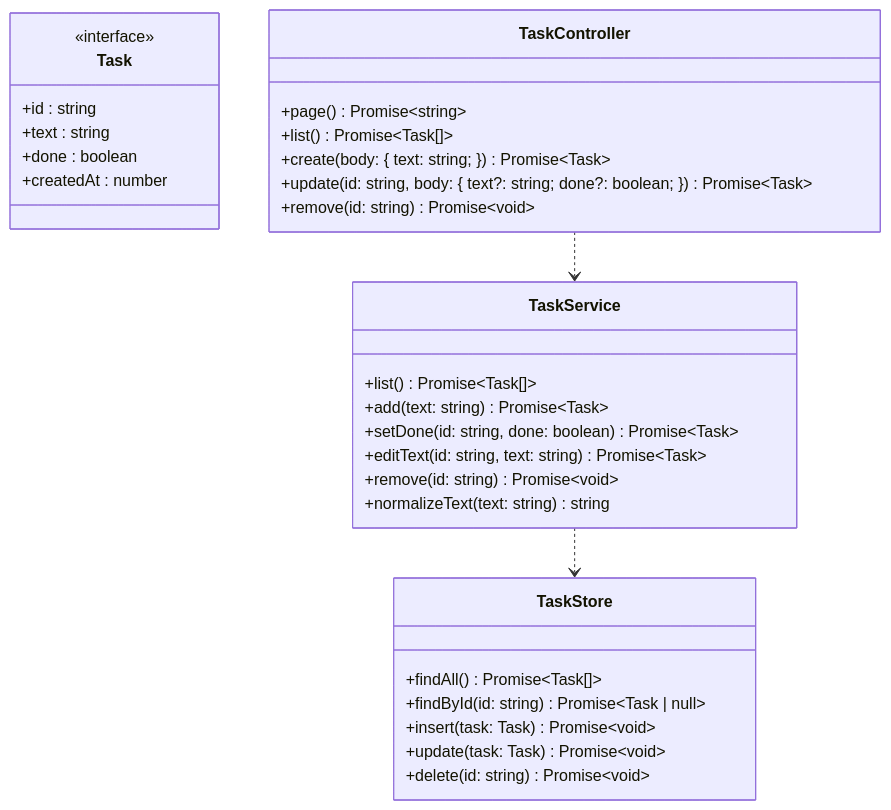
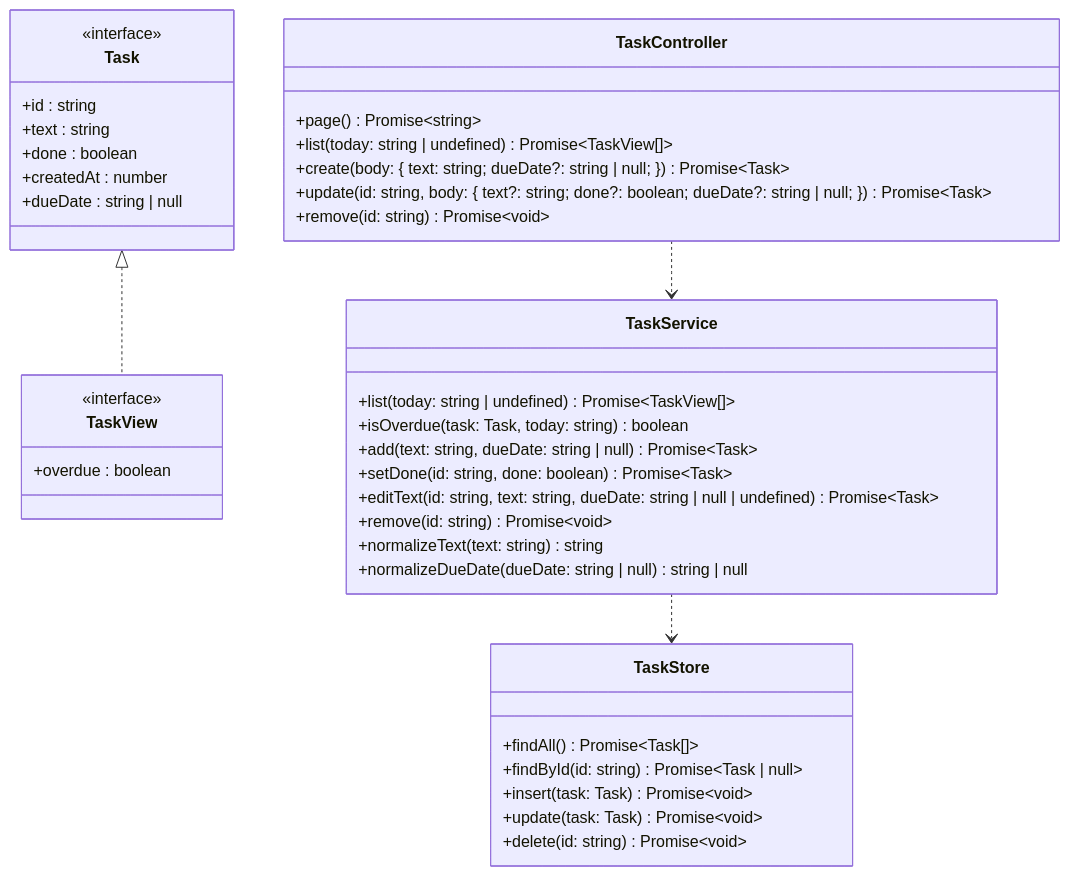
The second of 8 diagrams in showcases/todo/docs/design.md (Benjam1nP/AISE), drawn with Mermaid before and after one commit. The commit also changed other lines of this file and 74 other files, not shown here.

Commit message:
showcase todo: P7 ticket TCK-001 due date, closed with change report; evidence and changelog

````diff
--- a/showcases/todo/docs/design.md
+++ b/showcases/todo/docs/design.md
@@ -33,38 +33,47 @@
 ```mermaid
 classDiagram
   class Task {
     <<interface>>
     +id : string
     +text : string
     +done : boolean
     +createdAt : number
+    +dueDate : string | null
+  }
+  class TaskView {
+    <<interface>>
+    +overdue : boolean
   }
   class TaskController {
     +page() Promise~string~
-    +list() Promise~Task[]~
-    +create(body: #123; text: string#59; #125;) Promise~Task~
-    +update(id: string, body: #123; text?: string#59; done?: boolean#59; #125;) Promise~Task~
+    +list(today: string | undefined) Promise~TaskView[]~
+    +create(body: #123; text: string#59; dueDate?: string | null#59; #125;) Promise~Task~
+    +update(id: string, body: #123; text?: string#59; done?: boolean#59; dueDate?: string | null#59; #125;) Promise~Task~
     +remove(id: string) Promise~void~
   }
   class TaskService {
-    +list() Promise~Task[]~
-    +add(text: string) Promise~Task~
+    +list(today: string | undefined) Promise~TaskView[]~
+    +isOverdue(task: Task, today: string) boolean
+    +add(text: string, dueDate: string | null) Promise~Task~
     +setDone(id: string, done: boolean) Promise~Task~
-    +editText(id: string, text: string) Promise~Task~
+    +editText(id: string, text: string, dueDate: string | null | undefined) Promise~Task~
     +remove(id: string) Promise~void~
     +normalizeText(text: string) string
+    +normalizeDueDate(dueDate: string | null) string | null
   }
   class TaskStore {
     +findAll() Promise~Task[]~
     +findById(id: string) Promise~Task | null~
     +insert(task: Task) Promise~void~
     +update(task: Task) Promise~void~
     +delete(id: string) Promise~void~
   }
+  Task <|.. TaskView
   TaskController ..> TaskService
   TaskService ..> TaskStore
   click Task call aiseSelect("DSN-005")
+  click TaskView call aiseSelect("DSN-009")
   click TaskController call aiseSelect("DSN-006")
   click TaskService call aiseSelect("DSN-007")
   click TaskStore call aiseSelect("DSN-008")
 ```
````
